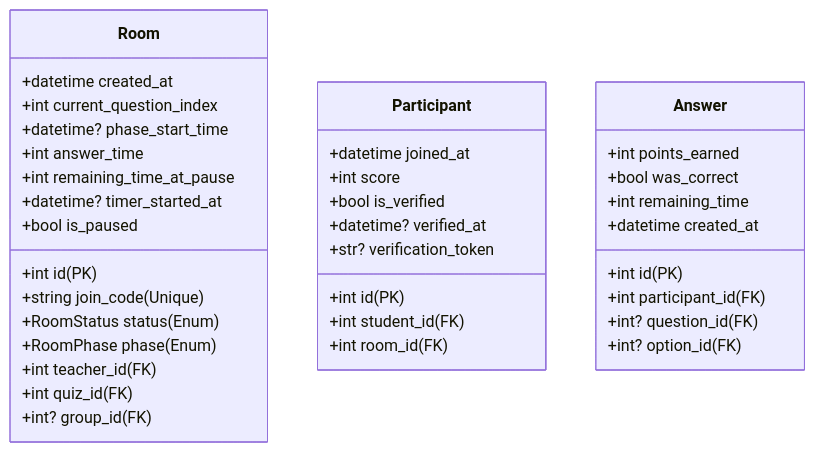
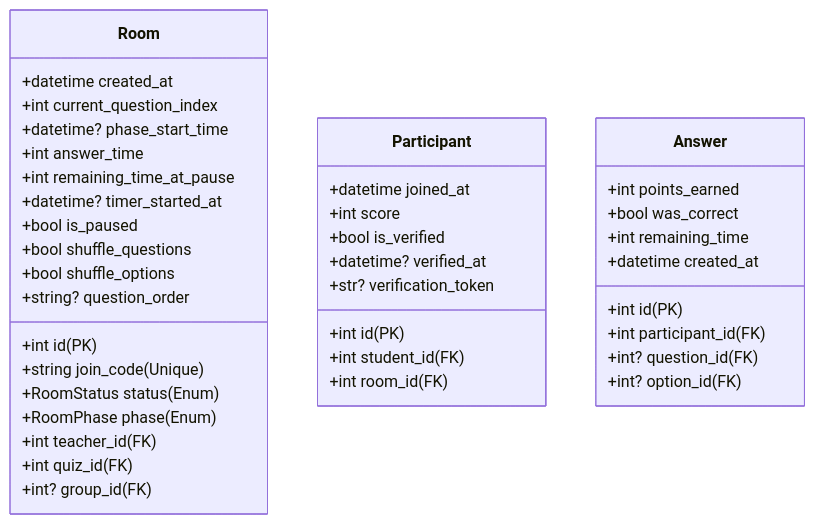
Before and after one commit to frangago71/quizzie-TFG: the third of 4 diagrams in docs/modelo_de_datos.md, drawn with Mermaid. The commit also changed other lines of this file and 1 other file, not shown here.

Commit message:
feat: add new room attributes for random question and option
Refs #62

````diff
--- a/docs/modelo_de_datos.md
+++ b/docs/modelo_de_datos.md
@@ -112,42 +115,45 @@
 ```mermaid
 classDiagram
     direction TB
     class Room {
             +int id (PK)
             +string join_code (Unique)
             +RoomStatus status (Enum)
             +datetime created_at
             +int current_question_index
             +RoomPhase phase (Enum)
             +datetime? phase_start_time
             +int answer_time
             +int remaining_time_at_pause
             +datetime? timer_started_at
             +bool is_paused
+            +bool shuffle_questions
+            +bool shuffle_options
+            +string? question_order
             +int teacher_id (FK)
             +int quiz_id (FK)
             +int? group_id (FK)
         }
 
     class Participant {
         +int id (PK)
         +datetime joined_at
         +int score
         +bool is_verified
         +datetime? verified_at
         +str? verification_token
         +int student_id (FK)
         +int room_id (FK)
     }
 
     class Answer {
         +int id (PK)
         +int points_earned
         +bool was_correct
         +int remaining_time
         +datetime created_at
         +int participant_id (FK)
         +int? question_id (FK)
         +int? option_id (FK)
     }
 ```
````
